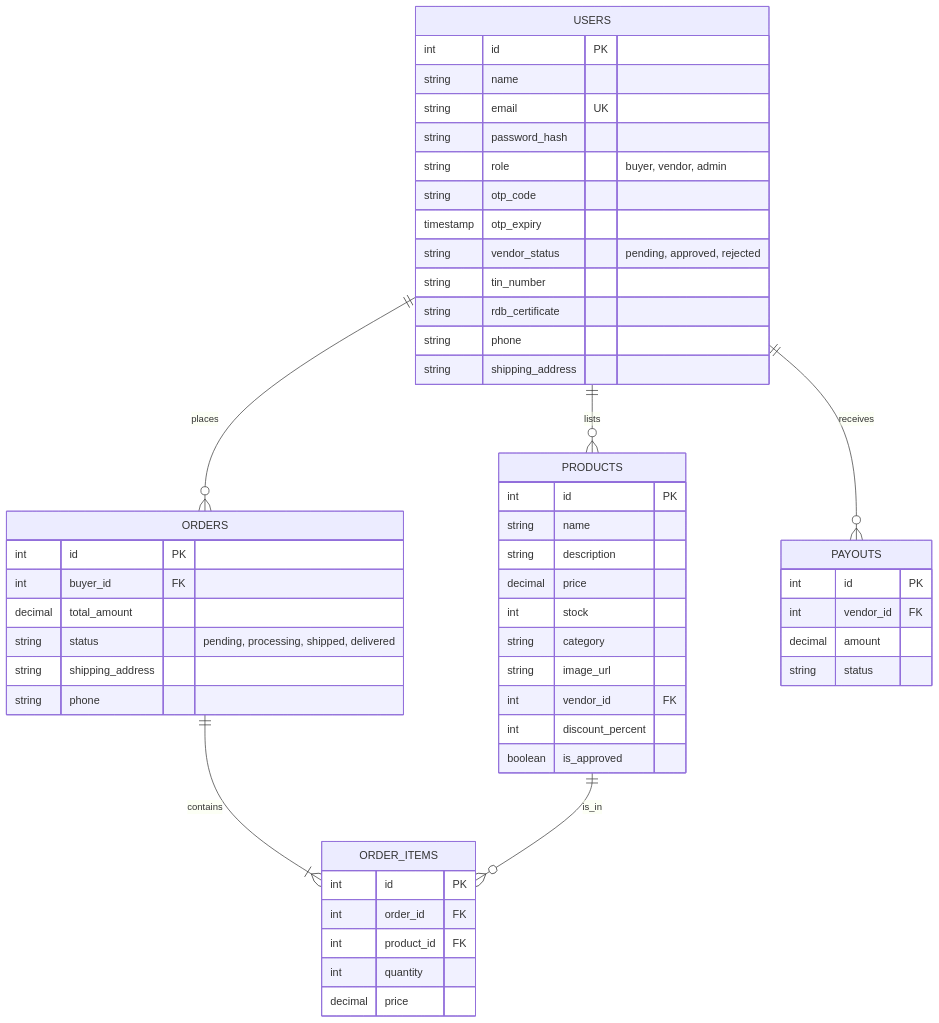
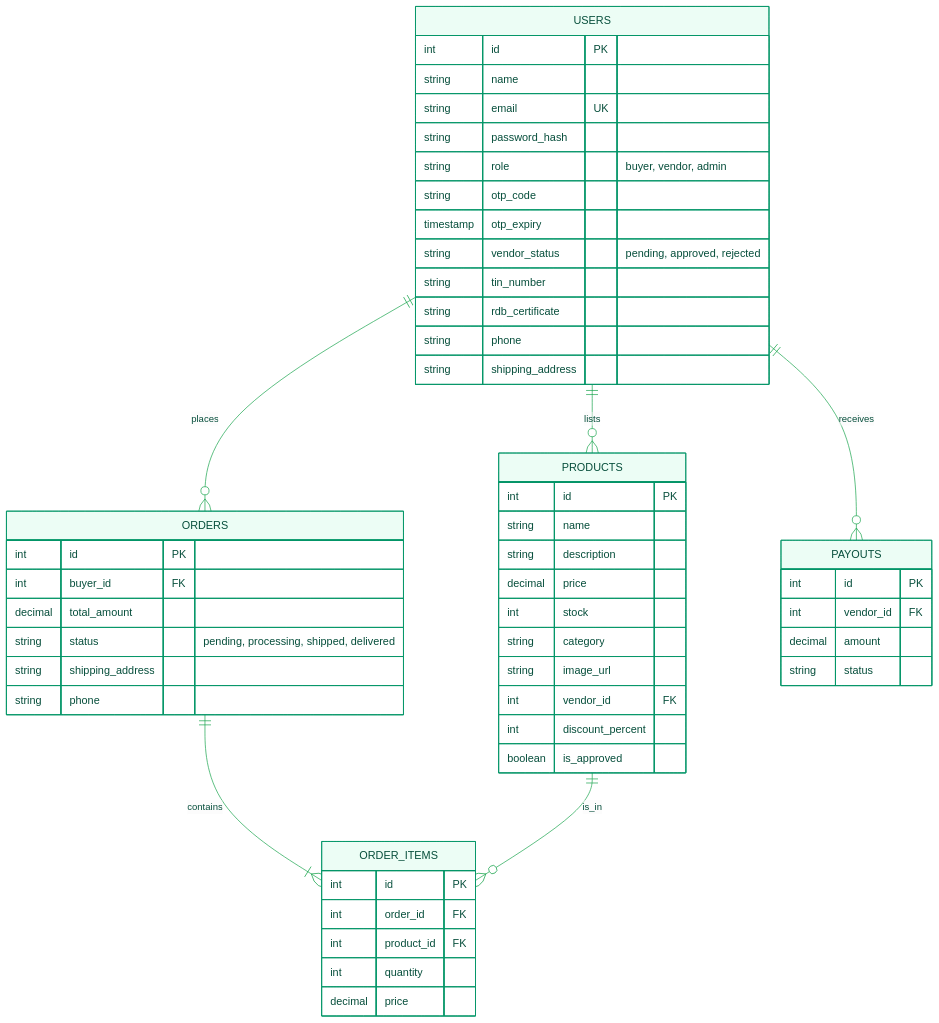
One commit to urayenezajeand/agri-market-platform changed the second of 2 diagrams in project_report.md. Above: the diagram before and after it, drawn with Mermaid. The commit also changed other lines of this file and 7 other files, not shown here.

````diff
--- a/project_report.md
+++ b/project_report.md
@@ -108,60 +117,61 @@
 ```mermaid
+%%{init: {'theme': 'base', 'themeVariables': { 'primaryColor': '#ecfdf5', 'primaryTextColor': '#064e3b', 'primaryBorderColor': '#059669', 'lineColor': '#16a34a', 'secondaryColor': '#f0fdf4', 'tertiaryColor': '#fafaf9'}}}%%
 erDiagram
     USERS ||--o{ PRODUCTS : lists
     USERS ||--o{ ORDERS : places
     USERS ||--o{ PAYOUTS : receives
     ORDERS ||--|{ ORDER_ITEMS : contains
     PRODUCTS ||--o{ ORDER_ITEMS : is_in
     
     USERS {
         int id PK
         string name
         string email UK
         string password_hash
         string role "buyer, vendor, admin"
         string otp_code
         timestamp otp_expiry
         string vendor_status "pending, approved, rejected"
         string tin_number
         string rdb_certificate
         string phone
         string shipping_address
     }
     
     PRODUCTS {
         int id PK
         string name
         string description
         decimal price
         int stock
         string category
         string image_url
         int vendor_id FK
         int discount_percent
         boolean is_approved
     }
     
     ORDERS {
         int id PK
         int buyer_id FK
         decimal total_amount
         string status "pending, processing, shipped, delivered"
         string shipping_address
         string phone
     }
     
     ORDER_ITEMS {
         int id PK
         int order_id FK
         int product_id FK
         int quantity
         decimal price
     }
     
     PAYOUTS {
         int id PK
         int vendor_id FK
         decimal amount
         string status
     }
 ```
````
